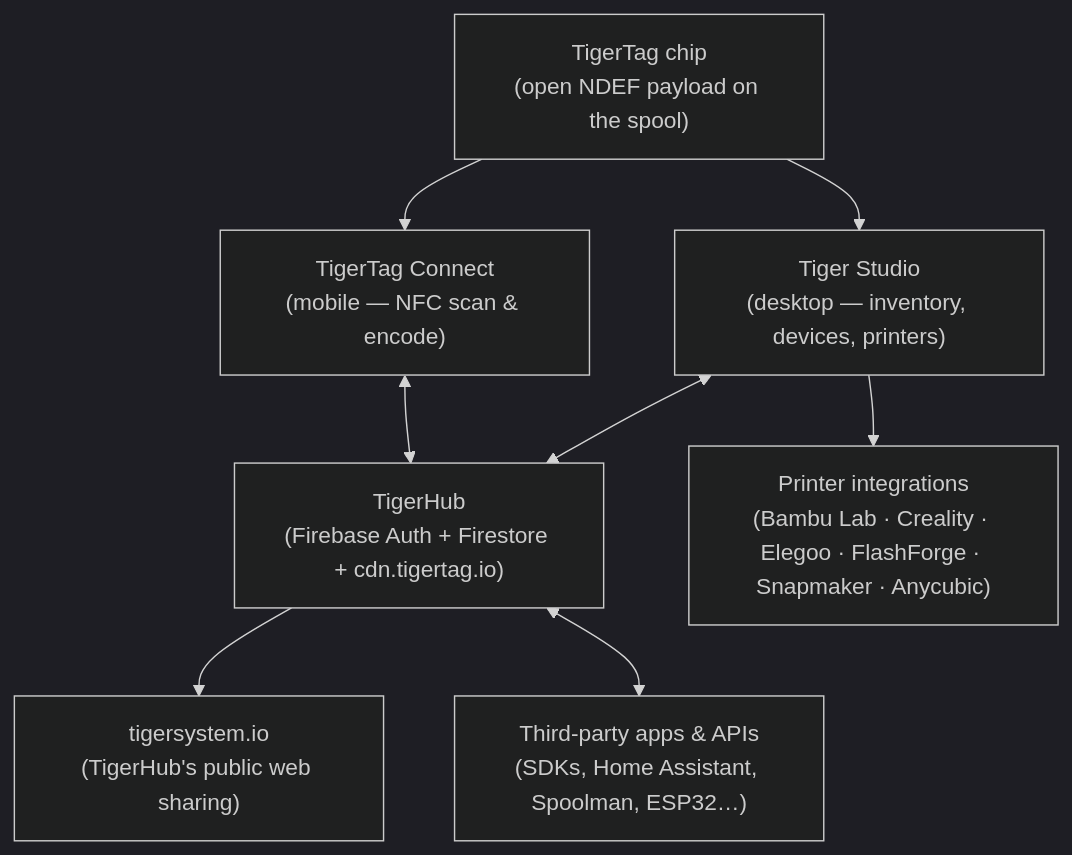
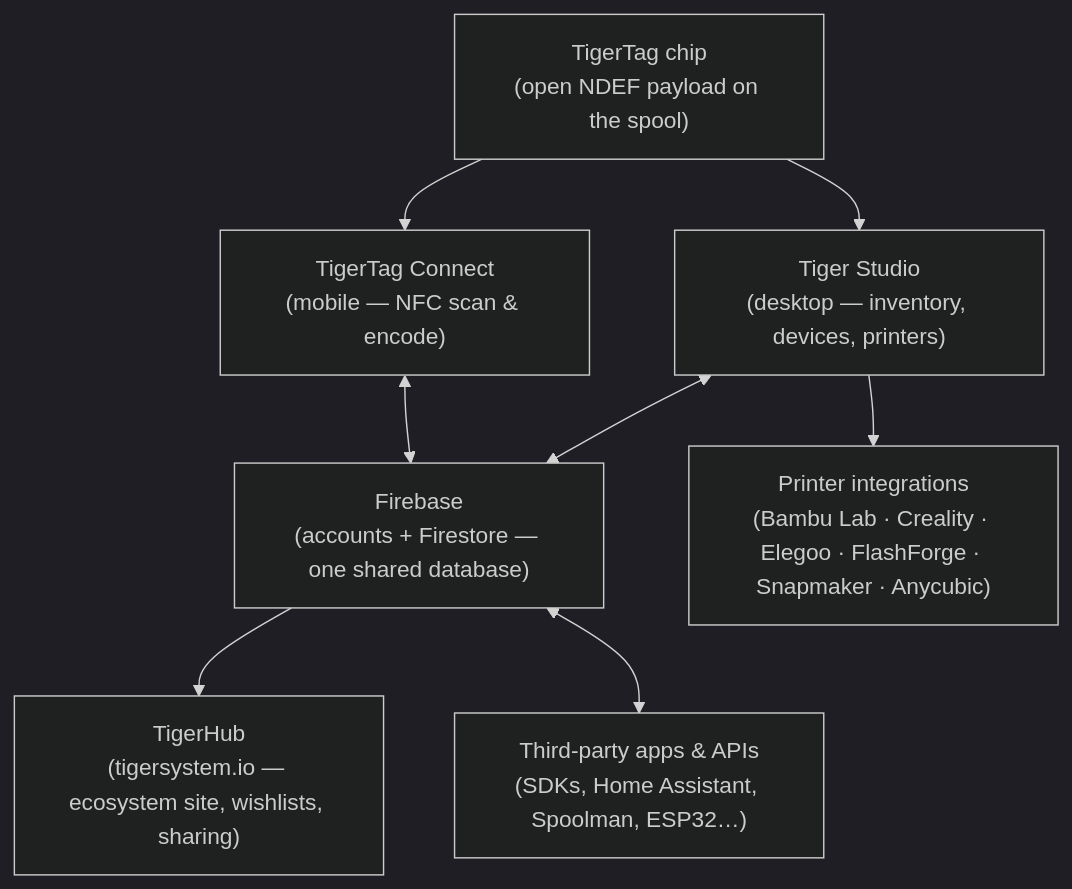
One commit to TigerTag-Project/TigerSystem-Docs changed the first of 2 diagrams in docs/architecture/overview.md. Above: the diagram before and after it, drawn with Mermaid (dark theme). The commit also changed other lines of this file and 22 other files, not shown here.

Commit message:
Correct the TigerHub definition: TigerHub is the tigersystem.io web platform (showcase + social sandbox); the backend is plain, unbranded Firebase

````diff
--- a/docs/architecture/overview.md
+++ b/docs/architecture/overview.md
@@ -5,18 +5,18 @@
 ```mermaid
 flowchart TB
     TAG["TigerTag chip<br/>(open NDEF payload on the spool)"]
     CONNECT["TigerTag Connect<br/>(mobile — NFC scan & encode)"]
-    CLOUD["TigerHub<br/>(Firebase Auth + Firestore + cdn.tigertag.io)"]
+    CLOUD["Firebase<br/>(accounts + Firestore — one shared database)"]
     STUDIO["Tiger Studio<br/>(desktop — inventory, devices, printers)"]
     PRINTERS["Printer integrations<br/>(Bambu Lab · Creality · Elegoo · FlashForge · Snapmaker · Anycubic)"]
     THIRD["Third-party apps & APIs<br/>(SDKs, Home Assistant, Spoolman, ESP32…)"]
-    WEB["tigersystem.io<br/>(TigerHub's public web sharing)"]
+    WEB["TigerHub<br/>(tigersystem.io — ecosystem site, wishlists, sharing)"]
 
     TAG --> CONNECT
     TAG --> STUDIO
     CONNECT <--> CLOUD
     STUDIO <--> CLOUD
     STUDIO --> PRINTERS
     CLOUD --> WEB
     CLOUD <--> THIRD
 ```
````
